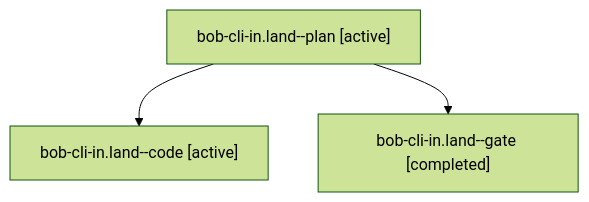
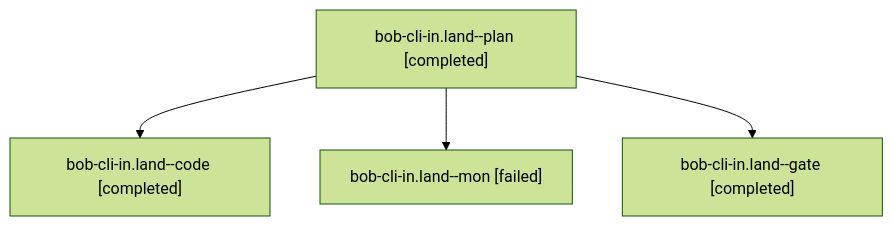
One commit to bobs-org/bob-cli--agents changed the diagram in sessions/bbugyi200.athena.bob-cli-in.land.md. Above: the diagram before and after it, drawn with Mermaid (forest theme). The commit also changed other lines of this file and 25 other files, not shown here.

````diff
--- a/sessions/bbugyi200.athena.bob-cli-in.land.md
+++ b/sessions/bbugyi200.athena.bob-cli-in.land.md
@@ -9,8 +9,10 @@
 ```mermaid
 flowchart TD
-  n0["bob-cli-in.land--plan [active]"]
-  n1["bob-cli-in.land--code [active]"]
+  n0["bob-cli-in.land--plan [completed]"]
+  n1["bob-cli-in.land--code [completed]"]
   n0 --> n1
-  n2["bob-cli-in.land--gate [completed]"]
+  n2["bob-cli-in.land--mon [failed]"]
   n0 --> n2
+  n3["bob-cli-in.land--gate [completed]"]
+  n0 --> n3
 ```
````
